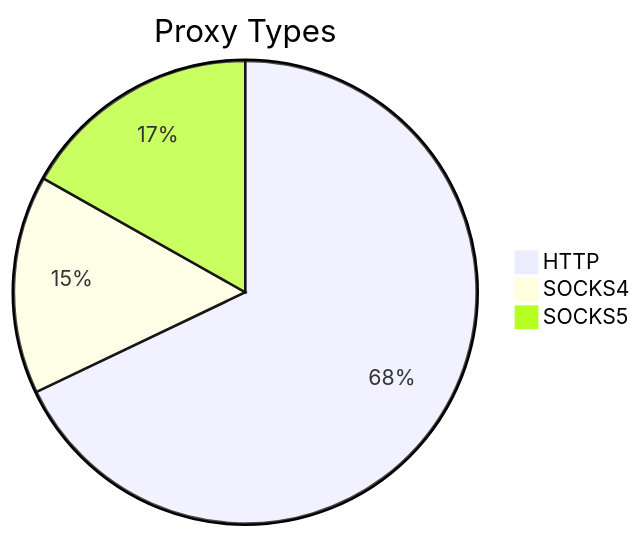
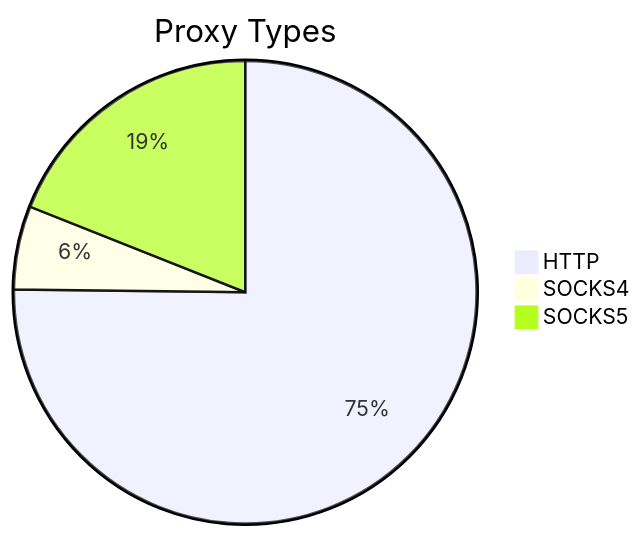
The first of 2 diagrams in README.md (stormsia/proxy-list), drawn with Mermaid before and after one commit. The commit also changed other lines of this file, not shown here.

````diff
--- a/README.md
+++ b/README.md
@@ -21,6 +21,6 @@
 ```mermaid
 pie title Proxy Types
-    "HTTP" : 347
-    "SOCKS4" : 78
-    "SOCKS5" : 86
+    "HTTP" : 206
+    "SOCKS4" : 16
+    "SOCKS5" : 52
 ```
````
